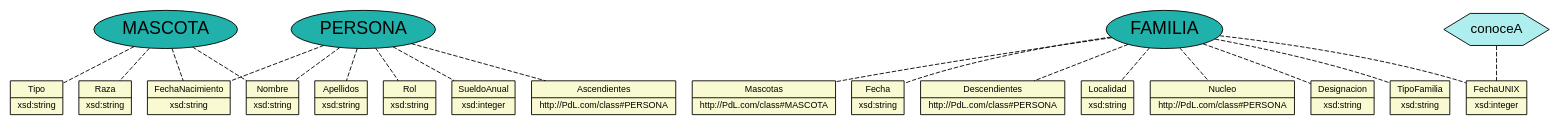
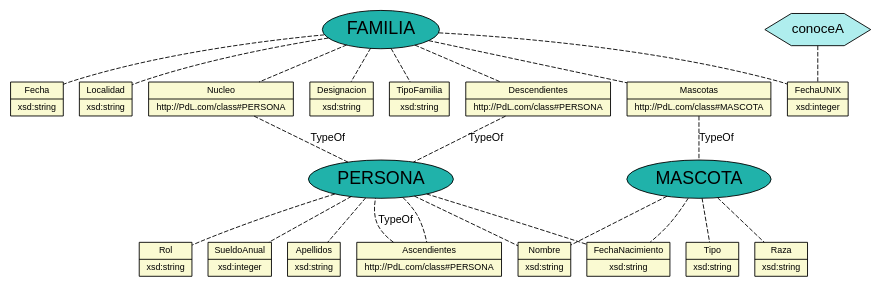
The diagram in Output/archivo_dot_domain.dot (JuanCasado/Lenguajes), drawn with Graphviz before and after one commit. The commit also changed 74 other files, not shown here.

```diff
--- a/Output/archivo_dot_domain.dot
+++ b/Output/archivo_dot_domain.dot
@@ -1,59 +1,64 @@
 graph ejemplo{
 //Defecto
 node [fontname="Arial"];
 edge [fontname="Arial",fontsize=12];
 
 //PROPERTIES
 node[fontsize=10, fillcolor="lightgoldenrodyellow", style="filled", shape="record", ]
 property_Apellidos [label="{Apellidos|xsd:string}"];
 property_Mascotas [label="{Mascotas|http://PdL.com/class#MASCOTA}"];
 property_Fecha [label="{Fecha|xsd:string}"];
 property_FechaNacimiento [label="{FechaNacimiento|xsd:string}"];
 property_Tipo [label="{Tipo|xsd:string}"];
 property_Descendientes [label="{Descendientes|http://PdL.com/class#PERSONA}"];
 property_Raza [label="{Raza|xsd:string}"];
 property_Localidad [label="{Localidad|xsd:string}"];
 property_Rol [label="{Rol|xsd:string}"];
 property_SueldoAnual [label="{SueldoAnual|xsd:integer}"];
 property_FechaUNIX [label="{FechaUNIX|xsd:integer}"];
 property_Nucleo [label="{Nucleo|http://PdL.com/class#PERSONA}"];
 property_Nombre [label="{Nombre|xsd:string}"];
 property_Ascendientes [label="{Ascendientes|http://PdL.com/class#PERSONA}"];
 property_Designacion [label="{Designacion|xsd:string}"];
 property_TipoFamilia [label="{TipoFamilia|xsd:string}"];
 
 //CLASES
 node[fontsize=20, fillcolor="lightseagreen", style="filled", shape="ellipse", ]
 class_PERSONA [label=PERSONA];
 class_MASCOTA [label=MASCOTA];
 class_FAMILIA [label=FAMILIA];
 
 //RELACIONES
 node[fontsize=15, fillcolor="paleturquoise", style="filled", shape="hexagon", ]
 relationship_conoceA [label=conoceA];
 
 //CLASE -- PROPIEDAD
 edge[style="dashed", ]
 
 class_PERSONA -- property_Nombre
 class_PERSONA -- property_Apellidos
 class_PERSONA -- property_Rol
 class_PERSONA -- property_FechaNacimiento
 class_PERSONA -- property_SueldoAnual
 class_PERSONA -- property_Ascendientes
 class_MASCOTA -- property_Tipo
 class_MASCOTA -- property_Nombre
 class_MASCOTA -- property_Raza
 class_MASCOTA -- property_FechaNacimiento
 class_FAMILIA -- property_FechaUNIX
 class_FAMILIA -- property_Fecha
 class_FAMILIA -- property_Localidad
 class_FAMILIA -- property_TipoFamilia
 class_FAMILIA -- property_Designacion
 class_FAMILIA -- property_Nucleo
 class_FAMILIA -- property_Descendientes
 class_FAMILIA -- property_Mascotas
 //RELACION -- PROPIEDAD
 relationship_conoceA -- property_FechaUNIX
+// uso indirecto de definición de tipos
+property_Mascotas -- class_MASCOTA [label="TypeOf"];
+property_Descendientes -- class_PERSONA [label="TypeOf"];
+property_Nucleo -- class_PERSONA [label="TypeOf"];
+property_Ascendientes -- class_PERSONA [label="TypeOf"];
 
 }
```
